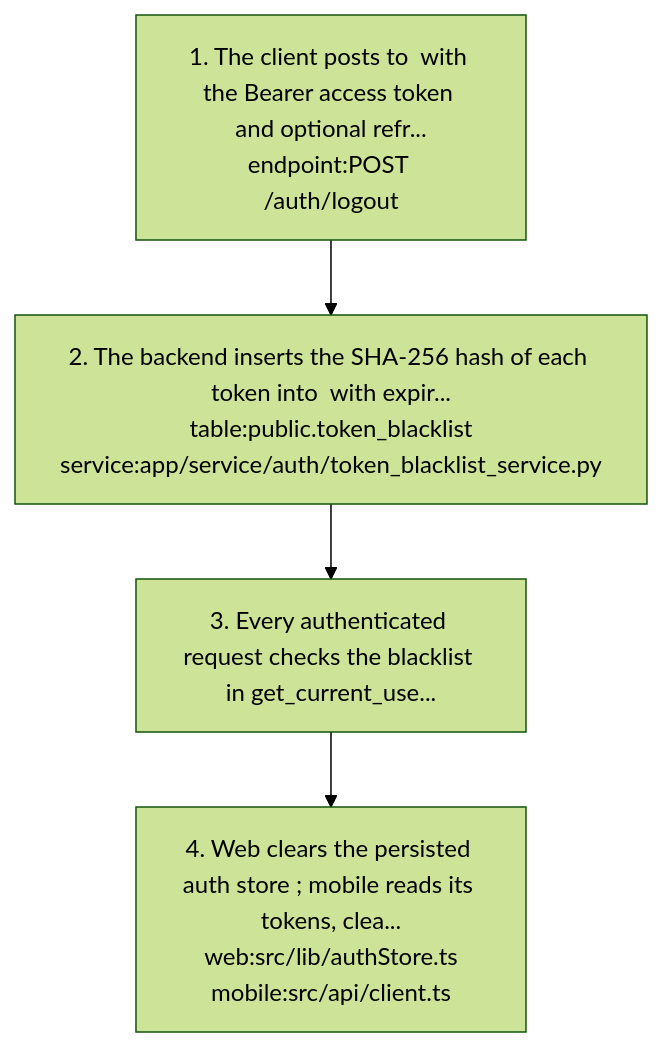
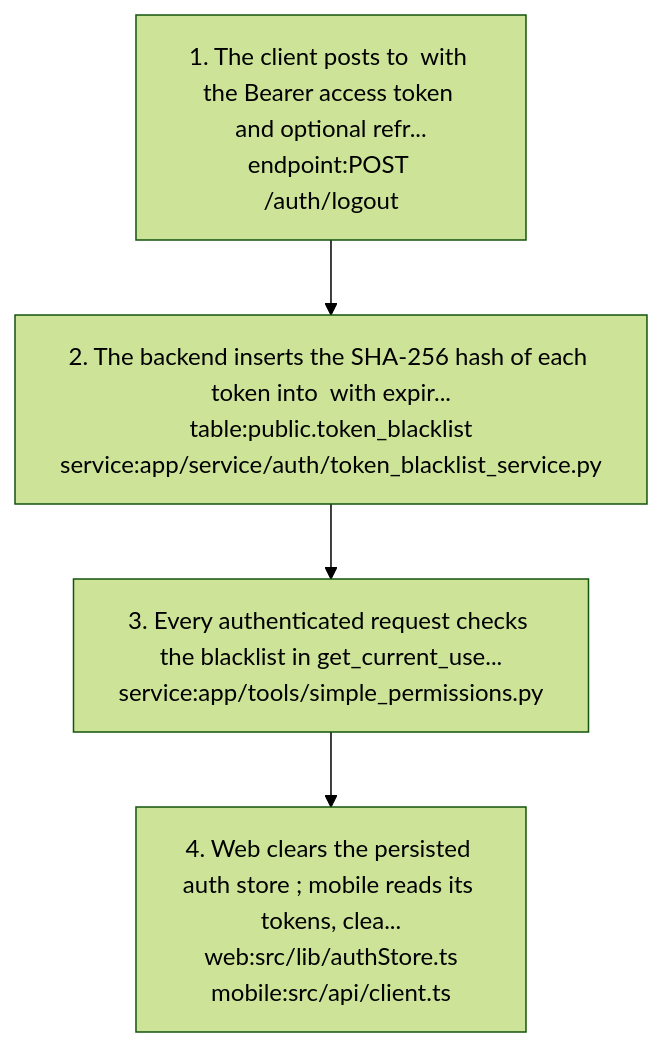
Before and after one commit to nerellasraj21/cos360_full_app: the fourth of 7 diagrams in docs/graph/views/auth.md, drawn with Mermaid (forest theme). The commit also changed other lines of this file and 44 other files, not shown here.

First line of the commit message:
Re-verify project docs and knowledge graph against current code

````diff
--- a/docs/graph/views/auth.md
+++ b/docs/graph/views/auth.md
@@ -234,10 +234,10 @@
 ```mermaid
 flowchart TD
   s1["1. The client posts to  with the Bearer access token and optional refr...<br/>endpoint:POST /auth/logout"]
   s2["2. The backend inserts the SHA-256 hash of each token into  with expir...<br/>table:public.token_blacklist<br/>service:app/service/auth/token_blacklist_service.py"]
   s1 --> s2
-  s3["3. Every authenticated request checks the blacklist in get_current_use..."]
+  s3["3. Every authenticated request checks the blacklist in get_current_use...<br/>service:app/tools/simple_permissions.py"]
   s2 --> s3
   s4["4. Web clears the persisted auth store ; mobile reads its tokens, clea...<br/>web:src/lib/authStore.ts<br/>mobile:src/api/client.ts"]
   s3 --> s4
 ```
````
